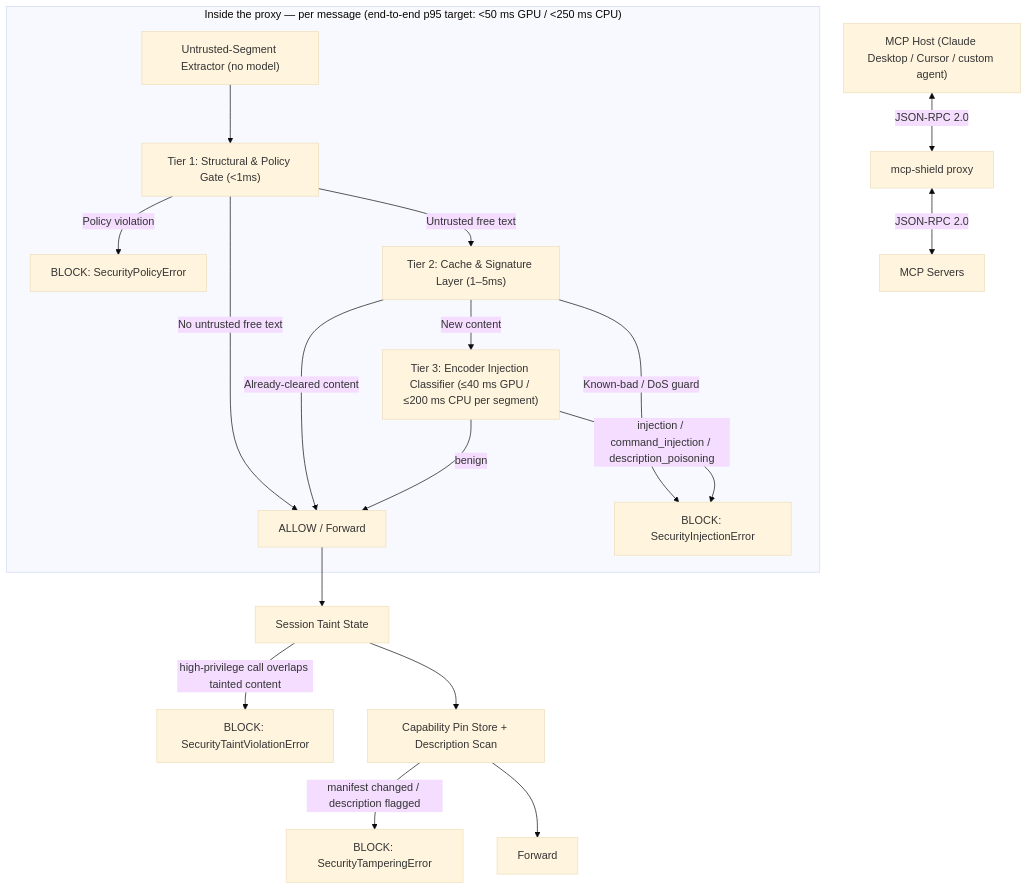
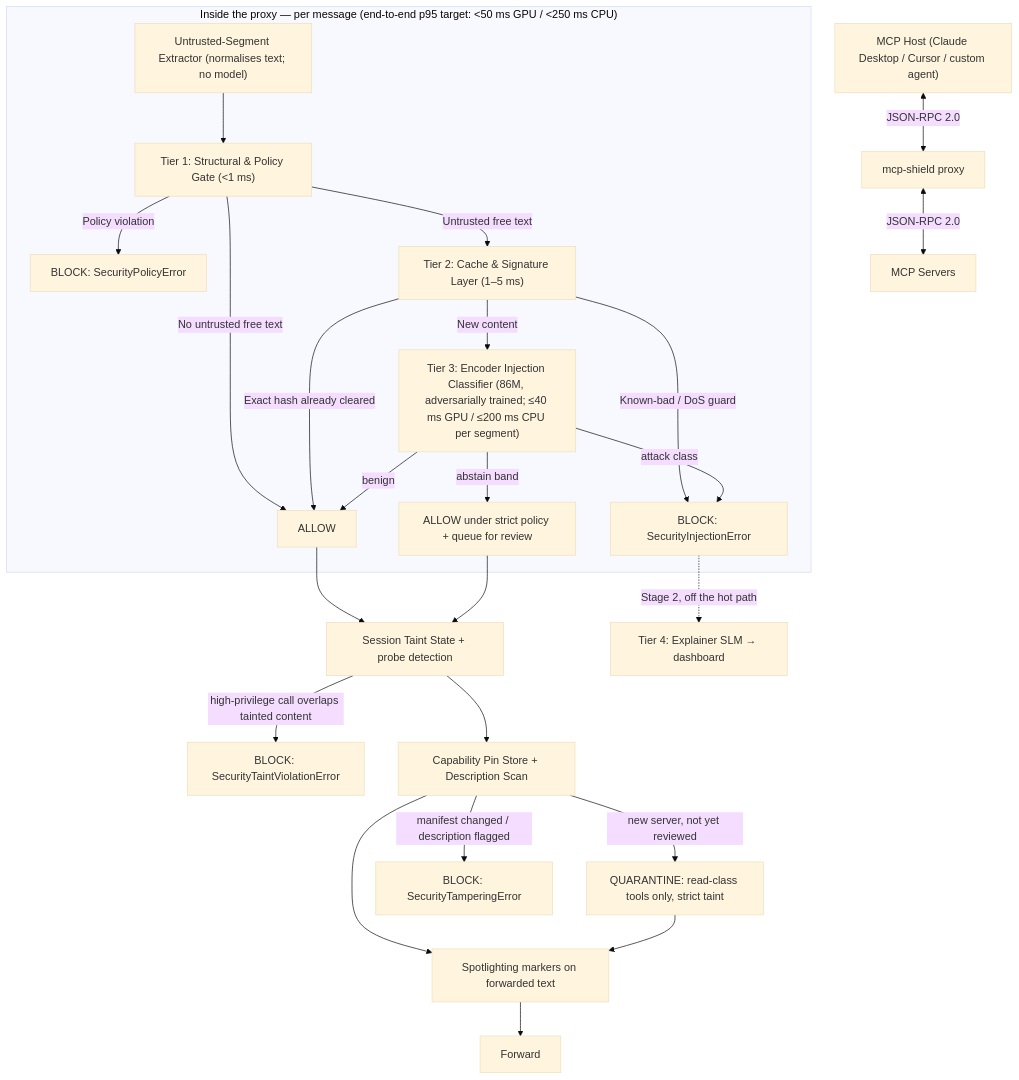
One commit to rishikeshvarma/MCP-Shield changed the first of 2 diagrams in README.md. Above: the diagram before and after it, drawn with Mermaid (base theme). The commit also changed other lines of this file and 6 other files, not shown here.

First line of the commit message:
Re-sync every cascade diagram and the README with the current design

````diff
--- a/README.md
+++ b/README.md
@@ -60,23 +60,29 @@
 ```mermaid
 graph TD
     Host["MCP Host (Claude Desktop / Cursor / custom agent)"] <-->|"JSON-RPC 2.0"| Proxy["mcp-shield proxy"]
     Proxy <-->|"JSON-RPC 2.0"| Servers["MCP Servers"]
 
     subgraph Cascade["Inside the proxy — per message (end-to-end p95 target: <50 ms GPU / <250 ms CPU)"]
-        Ext["Untrusted-Segment Extractor (no model)"] --> T1["Tier 1: Structural & Policy Gate (<1ms)"]
+        Ext["Untrusted-Segment Extractor (normalises text; no model)"] --> T1["Tier 1: Structural & Policy Gate (<1 ms)"]
         T1 -->|"Policy violation"| Deny1["BLOCK: SecurityPolicyError"]
-        T1 -->|"No untrusted free text"| Pass["ALLOW / Forward"]
-        T1 -->|"Untrusted free text"| T2["Tier 2: Cache & Signature Layer (1–5ms)"]
-        T2 -->|"Already-cleared content"| Pass
+        T1 -->|"No untrusted free text"| Pass["ALLOW"]
+        T1 -->|"Untrusted free text"| T2["Tier 2: Cache & Signature Layer (1–5 ms)"]
+        T2 -->|"Exact hash already cleared"| Pass
         T2 -->|"Known-bad / DoS guard"| Deny2["BLOCK: SecurityInjectionError"]
-        T2 -->|"New content"| T3["Tier 3: Encoder Injection Classifier (≤40 ms GPU / ≤200 ms CPU per segment)"]
+        T2 -->|"New content"| T3["Tier 3: Encoder Injection Classifier (86M, adversarially trained; ≤40 ms GPU / ≤200 ms CPU per segment)"]
         T3 -->|"benign"| Pass
-        T3 -->|"injection / command_injection / description_poisoning"| Deny2
+        T3 -->|"abstain band"| Abst["ALLOW under strict policy + queue for review"]
+        T3 -->|"attack class"| Deny2
     end
 
-    Pass --> Taint["Session Taint State"]
+    Pass --> Taint["Session Taint State + probe detection"]
+    Abst --> Taint
     Taint -->|"high-privilege call overlaps tainted content"| Deny3["BLOCK: SecurityTaintViolationError"]
     Taint --> Pin["Capability Pin Store + Description Scan"]
+    Pin -->|"new server, not yet reviewed"| Quar["QUARANTINE: read-class tools only, strict taint"]
     Pin -->|"manifest changed / description flagged"| Deny4["BLOCK: SecurityTamperingError"]
-    Pin --> Out["Forward"]
+    Pin --> Spot["Spotlighting markers on forwarded text"]
+    Quar --> Spot
+    Spot --> Out["Forward"]
+    Deny2 -.->|"Stage 2, off the hot path"| T4["Tier 4: Explainer SLM → dashboard"]
 ```
````
